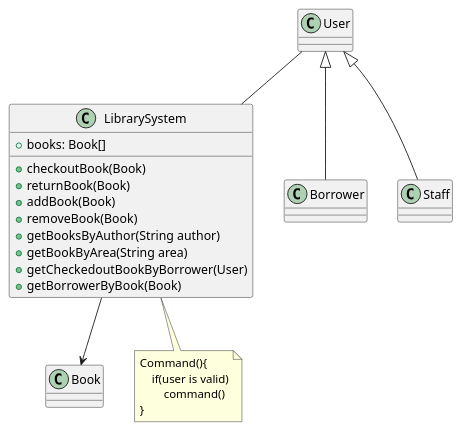
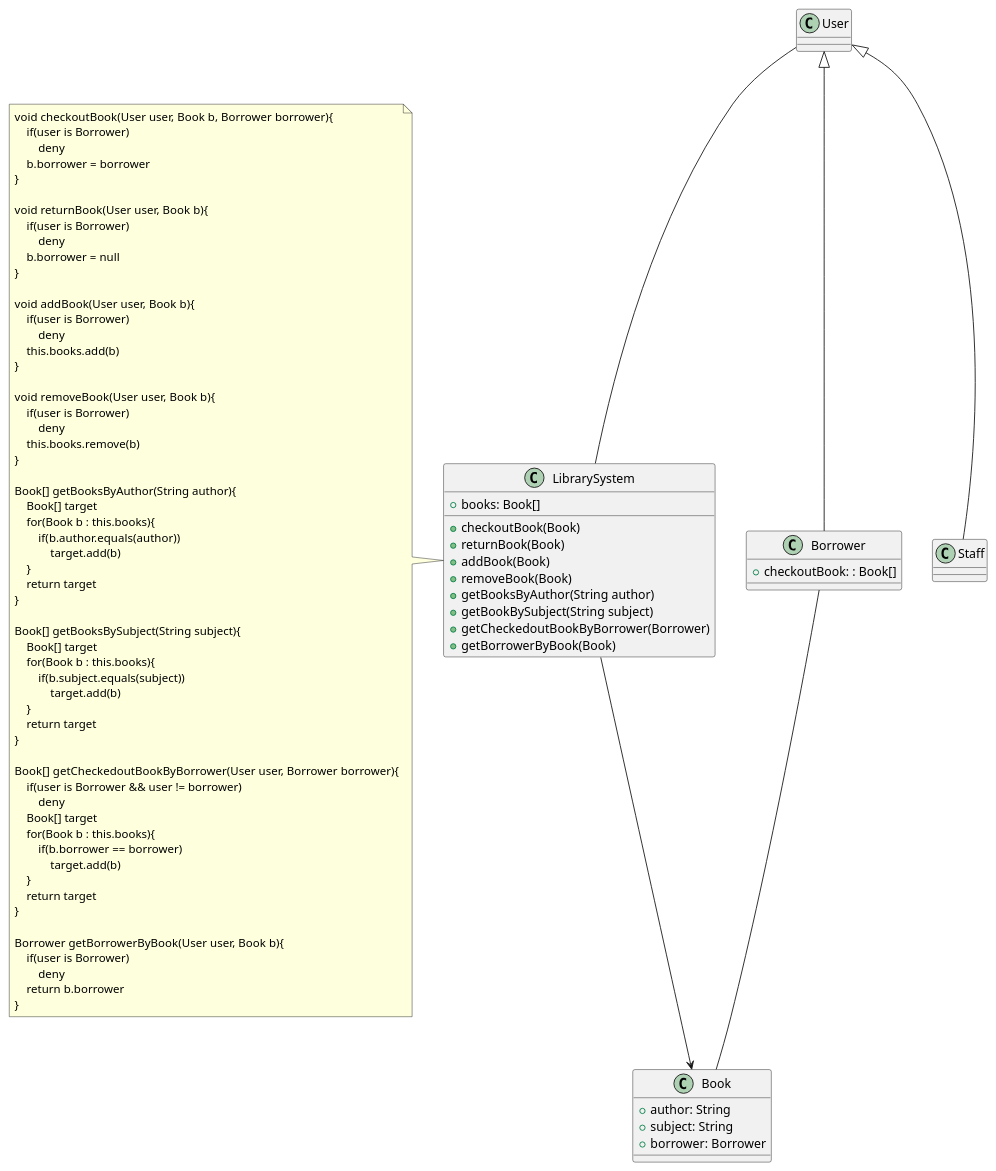
The diagram in temp/uml/init3.puml (LeeYenChieh/Software_Engineering_Design2025FALL), drawn with PlantUML before and after one commit. The commit also changed 14 other files, not shown here.

```diff
--- a/temp/uml/init3.puml
+++ b/temp/uml/init3.puml
@@ -1,46 +1,104 @@
 @startuml init3
 
 class Book{
-
+    + author: String
+    + subject: String
+    + borrower: Borrower
 }
-
-class LibrarySystem{
-    + books: Book[]
-    + checkoutBook(Book)
-    + returnBook(Book)
-    + addBook(Book)
-    + removeBook(Book)
-    + getBooksByAuthor(String author)
-    + getBookByArea(String area)
-    + getCheckedoutBookByBorrower(User)
-    + getBorrowerByBook(Book)
-}
-
-LibrarySystem --> Book
 
 class User{
 
 }
 
 together{
     class Staff{
 
     }
 
     class Borrower{
-
+        + checkoutBook: : Book[]
     }
 }
 
-User -- LibrarySystem
 User <|-- Staff
 User <|-- Borrower
 
-note bottom of LibrarySystem
-Command(){
-    if(user is valid)
-        command()
+class LibrarySystem{
+    + books: Book[]
+    + checkoutBook(Book)
+    + returnBook(Book)
+    + addBook(Book)
+    + removeBook(Book)
+    + getBooksByAuthor(String author)
+    + getBookBySubject(String subject)
+    + getCheckedoutBookByBorrower(Borrower)
+    + getBorrowerByBook(Book)
+}
+
+User -- LibrarySystem
+
+note left of LibrarySystem
+void checkoutBook(User user, Book b, Borrower borrower){
+    if(user is Borrower)
+        deny
+    b.borrower = borrower
+}
+
+void returnBook(User user, Book b){
+    if(user is Borrower)
+        deny
+    b.borrower = null
+}
+
+void addBook(User user, Book b){
+    if(user is Borrower)
+        deny
+    this.books.add(b)
+}
+
+void removeBook(User user, Book b){
+    if(user is Borrower)
+        deny
+    this.books.remove(b)
+}
+
+Book[] getBooksByAuthor(String author){
+    Book[] target
+    for(Book b : this.books){
+        if(b.author.equals(author))
+            target.add(b)
+    }
+    return target
+}
+
+Book[] getBooksBySubject(String subject){
+    Book[] target
+    for(Book b : this.books){
+        if(b.subject.equals(subject))
+            target.add(b)
+    }
+    return target
+}
+
+Book[] getCheckedoutBookByBorrower(User user, Borrower borrower){
+    if(user is Borrower && user != borrower)
+        deny
+    Book[] target
+    for(Book b : this.books){
+        if(b.borrower == borrower)
+            target.add(b)
+    }
+    return target
+}
+
+Borrower getBorrowerByBook(User user, Book b){
+    if(user is Borrower)
+        deny
+    return b.borrower
 }
 end note
 
+LibrarySystem --> Book
+Borrower -- Book
+
 @enduml
```
